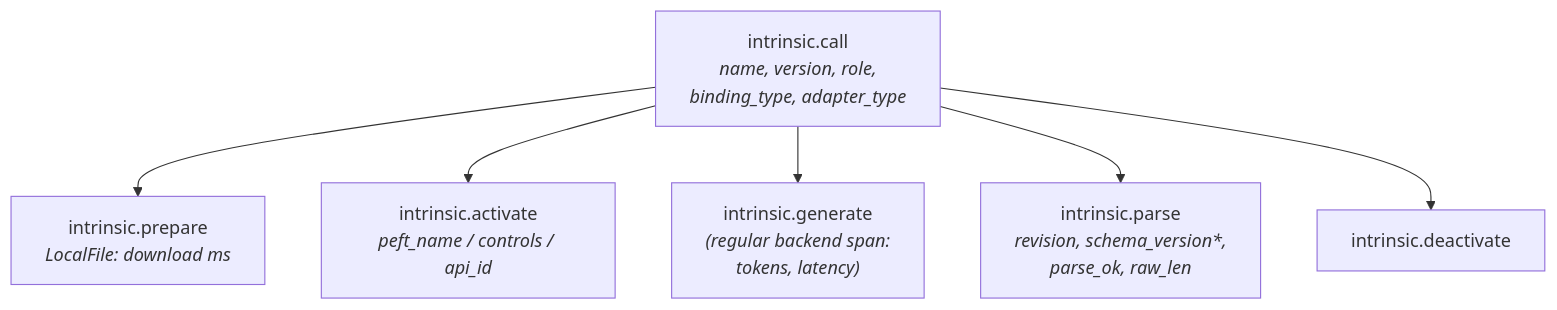
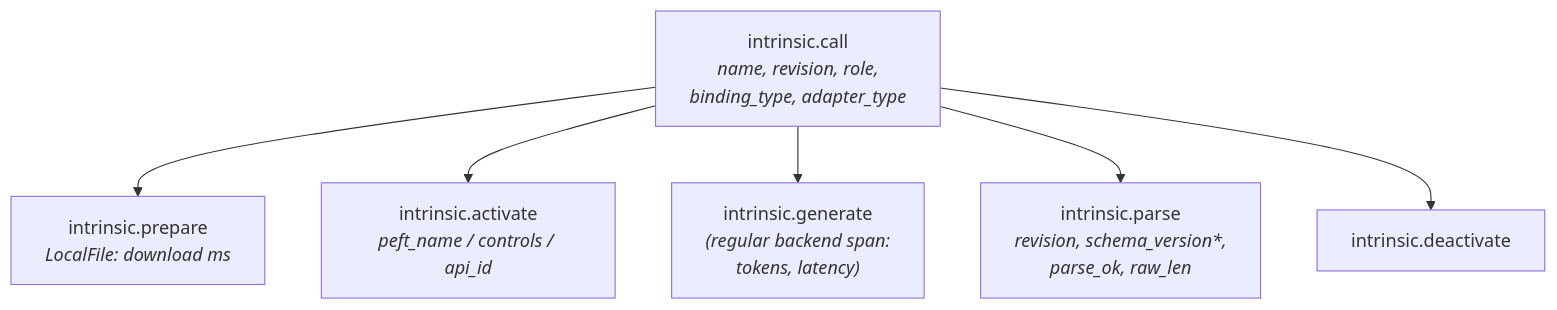
Before and after one commit to generative-computing/mellea: the third of 3 diagrams in docs/dev/proposals/929-adapter-lifecycle.md, drawn with Mermaid. The commit also changed other lines of this file, not shown here.

First line of the commit message:
docs: resolve "version" ambiguity across §12, §14 (#929)

````diff
--- a/docs/dev/proposals/929-adapter-lifecycle.md
+++ b/docs/dev/proposals/929-adapter-lifecycle.md
@@ -416,9 +416,9 @@
 ```mermaid
 graph TD
-    root["intrinsic.call<br/><i>name, version, role,<br/>binding_type, adapter_type</i>"]
+    root["intrinsic.call<br/><i>name, revision, role,<br/>binding_type, adapter_type</i>"]
     root --> prep["intrinsic.prepare<br/><i>LocalFile: download ms</i>"]
     root --> act["intrinsic.activate<br/><i>peft_name / controls / api_id</i>"]
     root --> gen["intrinsic.generate<br/><i>(regular backend span:<br/>tokens, latency)</i>"]
     root --> par["intrinsic.parse<br/><i>revision, schema_version*,<br/>parse_ok, raw_len</i>"]
     root --> deact["intrinsic.deactivate"]
 ```
````
